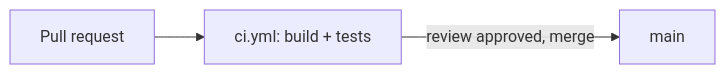
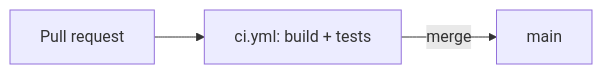
One commit to antonio-scognamiglio/bonify-api changed the second of 2 diagrams in README.md. Above: the diagram before and after it, drawn with Mermaid. The commit also changed other lines of this file and 1 other file, not shown here.

````diff
--- a/README.md
+++ b/README.md
@@ -257,5 +275,5 @@
 ```mermaid
 flowchart LR
     A[Pull request] --> B[ci.yml: build + tests]
-    B -->|review approved, merge| C[main]
+    B -->|merge| C[main]
 ```
````
